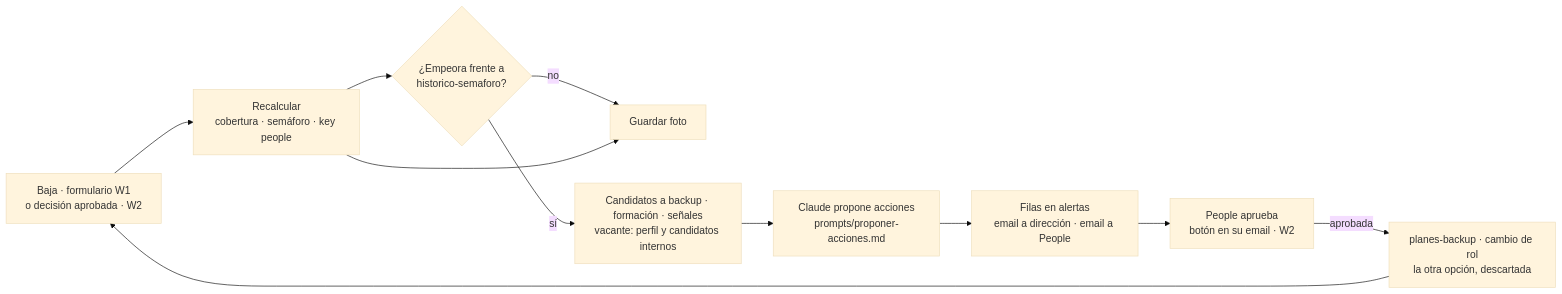
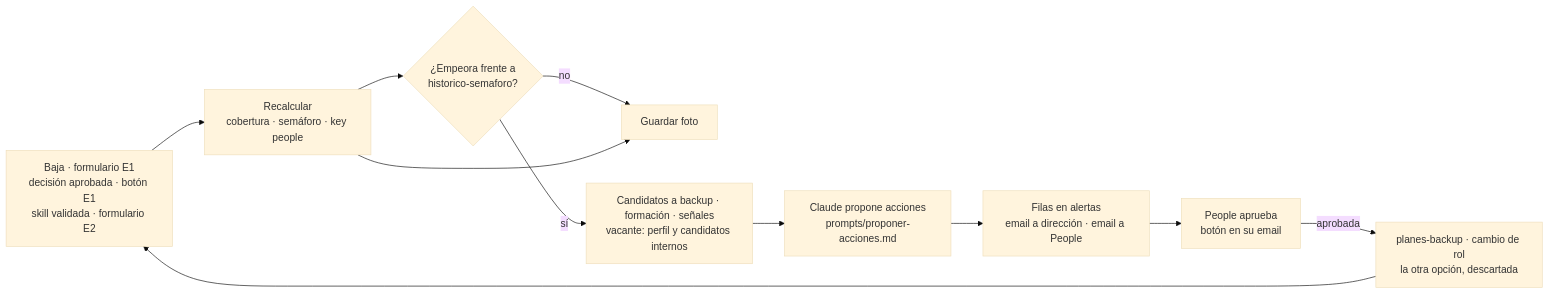
The diagram in docs/arquitectura.md (andfermen/People-OS-ACME), drawn with Mermaid (base theme) before and after one commit. The commit also changed other lines of this file and 20 other files, not shown here.

First line of the commit message:
n8n en dos escenarios: baja de Elena y actualización de skill (D-18)

````diff
--- a/docs/arquitectura.md
+++ b/docs/arquitectura.md
@@ -20,13 +20,13 @@
 ```mermaid
 flowchart LR
-  A[Baja · formulario W1<br/>o decisión aprobada · W2] --> B[Recalcular<br/>cobertura · semáforo · key people]
+  A[Baja · formulario E1<br/>decisión aprobada · botón E1<br/>skill validada · formulario E2] --> B[Recalcular<br/>cobertura · semáforo · key people]
   B --> C{¿Empeora frente a<br/>historico-semaforo?}
   C -- no --> H[Guardar foto]
   C -- sí --> D[Candidatos a backup · formación · señales<br/>vacante: perfil y candidatos internos]
   D --> E[Claude propone acciones<br/>prompts/proponer-acciones.md]
   E --> F[Filas en alertas<br/>email a dirección · email a People]
-  F --> G[People aprueba<br/>botón en su email · W2]
+  F --> G[People aprueba<br/>botón en su email]
   G -- aprobada --> P[planes-backup · cambio de rol<br/>la otra opción, descartada]
   P --> A
   B --> H
 ```
````
